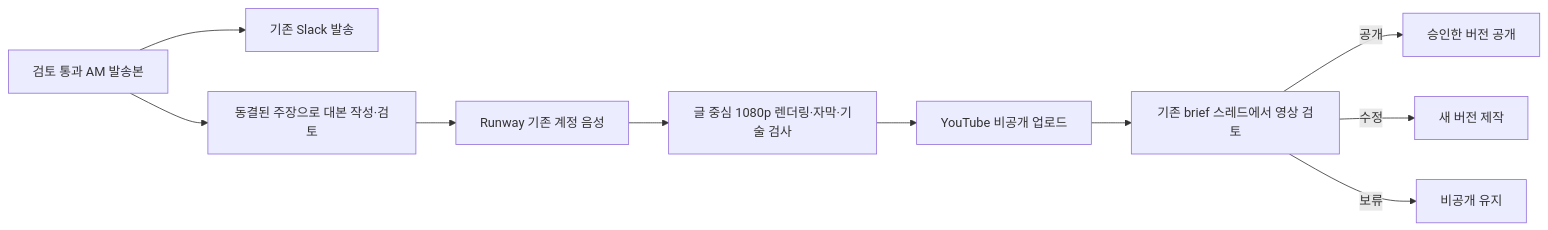
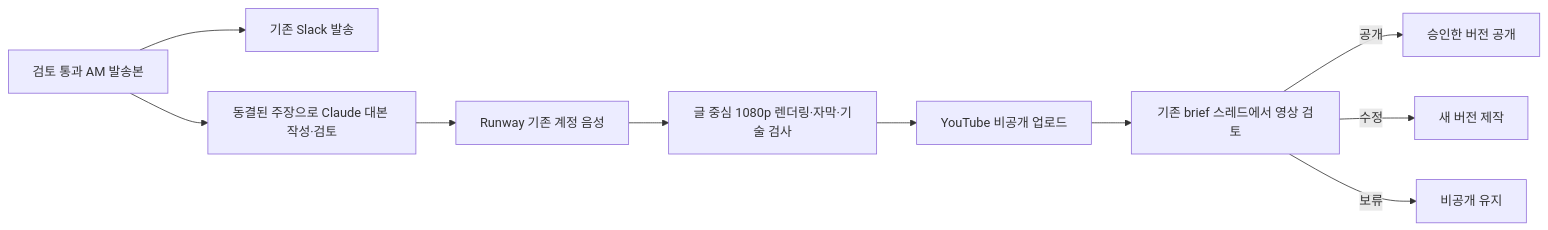
Before and after one commit to JJongAchii/quant-ai-company: the diagram in docs/daily-video.md, drawn with Mermaid. The commit also changed other lines of this file and 11 other files, not shown here.

````diff
--- a/docs/daily-video.md
+++ b/docs/daily-video.md
@@ -8,12 +8,12 @@
 ```mermaid
 flowchart LR
     B[검토 통과 AM 발송본] --> S[기존 Slack 발송]
-    B --> P[동결된 주장으로 대본 작성·검토]
+    B --> P[동결된 주장으로 Claude 대본 작성·검토]
     P --> V[Runway 기존 계정 음성]
     V --> R[글 중심 1080p 렌더링·자막·기술 검사]
     R --> Y[YouTube 비공개 업로드]
     Y --> A[기존 brief 스레드에서 영상 검토]
     A -->|공개| U[승인한 버전 공개]
     A -->|수정| N[새 버전 제작]
     A -->|보류| H[비공개 유지]
 ```
````
